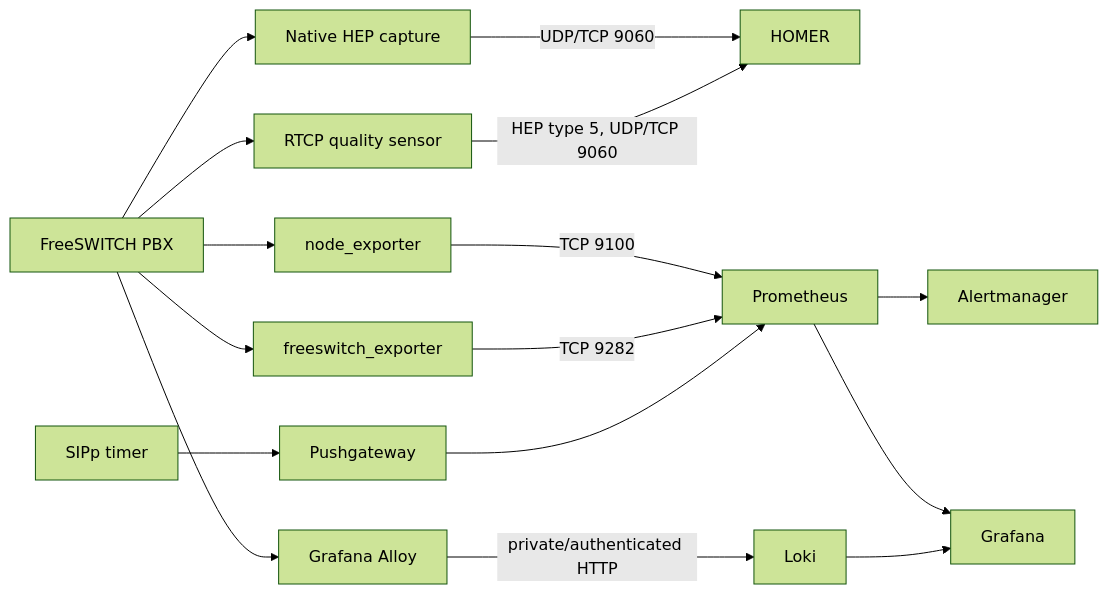
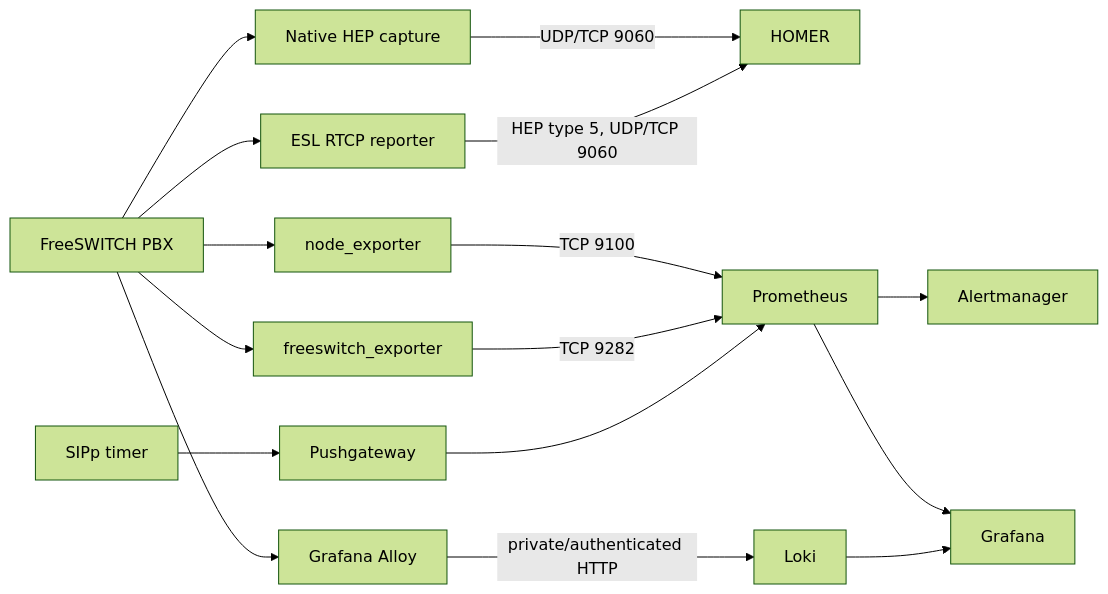
One commit to nemerald-voip/fspbx-monitoring changed the diagram in docs/ARCHITECTURE.md. Above: the diagram before and after it, drawn with Mermaid (forest theme). The commit also changed other lines of this file and 15 other files, not shown here.

````diff
--- a/docs/ARCHITECTURE.md
+++ b/docs/ARCHITECTURE.md
@@ -9,27 +9,27 @@
 ```mermaid
 flowchart LR
     PBX[FreeSWITCH PBX]
     HEP[Native HEP capture]
-    RTCP[RTCP quality sensor]
+    RTCP[ESL RTCP reporter]
     NE[node_exporter]
     FE[freeswitch_exporter]
     AL[Grafana Alloy]
     SIPp[SIPp timer]
 
     HOMER[HOMER]
     PROM[Prometheus]
     LOKI[Loki]
     PUSH[Pushgateway]
     AM[Alertmanager]
     GRAF[Grafana]
 
     PBX --> HEP -->|UDP/TCP 9060| HOMER
     PBX --> RTCP -->|HEP type 5, UDP/TCP 9060| HOMER
     PBX --> NE -->|TCP 9100| PROM
     PBX --> FE -->|TCP 9282| PROM
     PBX --> AL -->|private/authenticated HTTP| LOKI
     SIPp --> PUSH --> PROM
     PROM --> AM
     PROM --> GRAF
     LOKI --> GRAF
 ```
````
